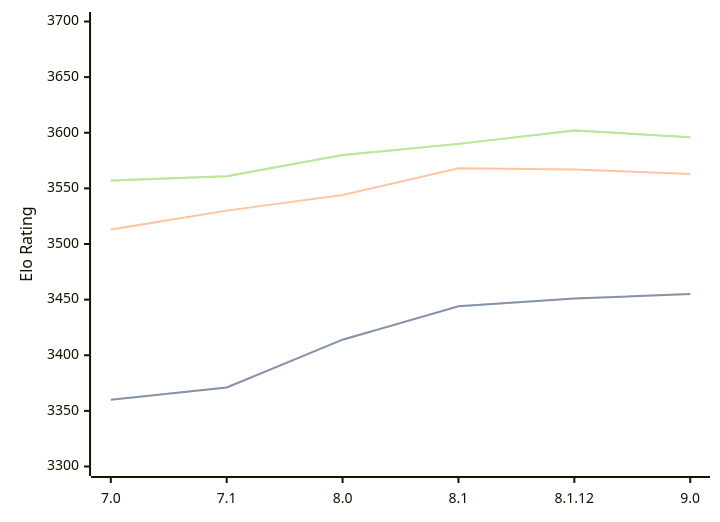
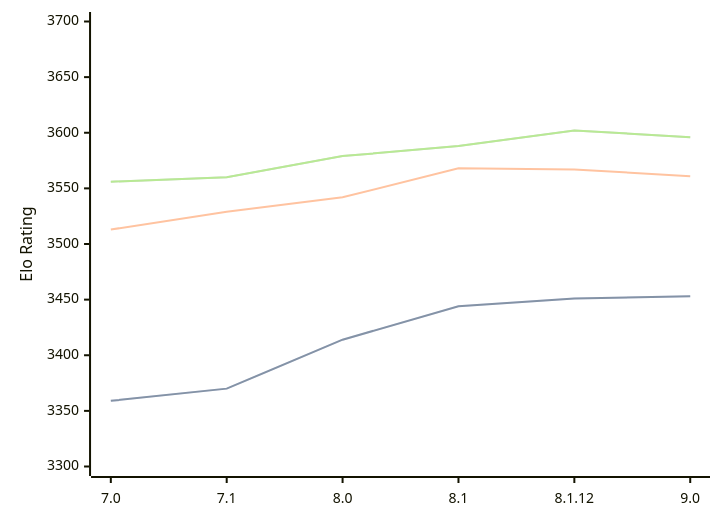
The diagram in engines/Alexandria.md (computer-chess-index/cci), drawn with Mermaid before and after one commit. The commit also changed other lines of this file, not shown here.

Commit message:
Update CCI Ratings (ELO VLTC) - 2026-03-23

````diff
--- a/engines/Alexandria.md
+++ b/engines/Alexandria.md
@@ -55,11 +55,11 @@
 ```mermaid
 %%{init: {"theme":"base","themeVariables":{"seriesColors:['#a3a3a3','#222221','#faa371']}}}%%
 xychart-beta
   x-axis ["7.0", "7.1", "8.0", "8.1", "8.1.12", "9.0"]
   y-axis "Elo Rating" 3300 --> 3700
-  line "STC (8.0+0.08s)" [3360, 3371, 3414, 3444, 3451, 3455]
-  line "STC (8.0+0.08s)" [3360, 3371, 3414, 3444, 3451, 3455]
-  line "LTC (60.0+0.60s)" [3513, 3530, 3544, 3568, 3567, 3563]
-  line "VLTC (2m24s+1.12s)" [3557, 3561, 3580, 3590, 3602, 3596]
-  line "VLTC (2m24s+1.12s)" [3557, 3561, 3580, 3590, 3602, 3596]
+  line "STC (8.0+0.08s)" [3359, 3370, 3414, 3444, 3451, 3453]
+  line "STC (8.0+0.08s)" [3359, 3370, 3414, 3444, 3451, 3453]
+  line "LTC (60.0+0.60s)" [3513, 3529, 3542, 3568, 3567, 3561]
+  line "VLTC (2m24s+1.12s)" [3556, 3560, 3579, 3588, 3602, 3596]
+  line "VLTC (2m24s+1.12s)" [3556, 3560, 3579, 3588, 3602, 3596]
 ```
````
